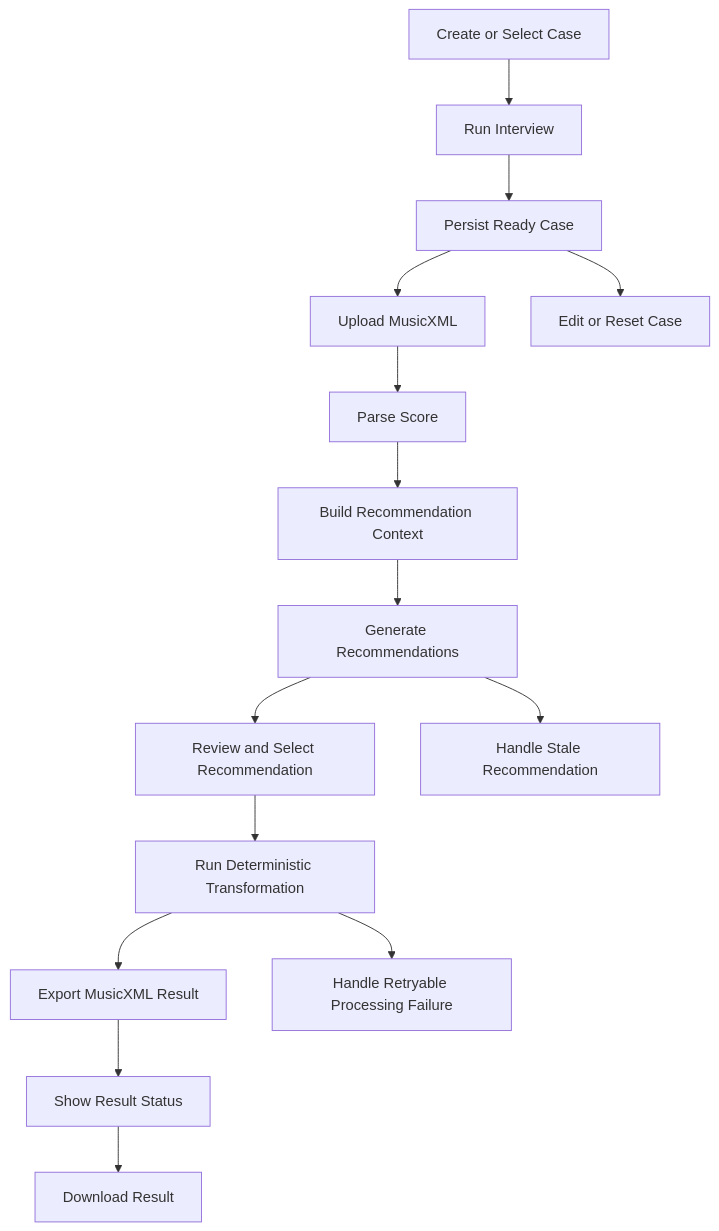
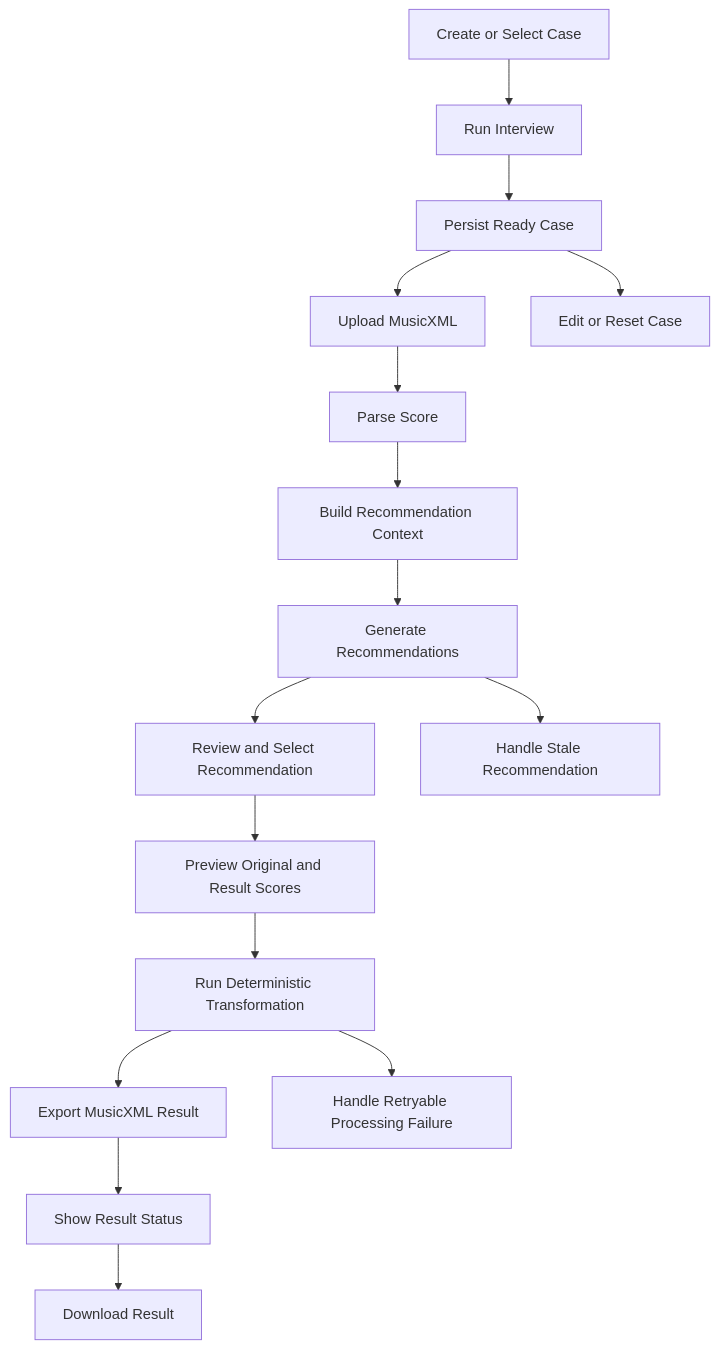
Before and after one commit to AnaKies/music-app: the diagram in docs/architecture/features.md, drawn with Mermaid. The commit also changed other lines of this file and 10 other files, not shown here.

Commit message:
docs(f8b): add and refine the safe score preview feature across architecture, delivery, frontend, safety, and test planning

````diff
--- a/docs/architecture/features.md
+++ b/docs/architecture/features.md
@@ -25,18 +25,19 @@
 ```mermaid
 flowchart TD
     F1[Create or Select Case] --> F2[Run Interview]
     F2 --> F3[Persist Ready Case]
     F3 --> F4[Upload MusicXML]
     F4 --> F5[Parse Score]
     F5 --> F6[Build Recommendation Context]
     F6 --> F7[Generate Recommendations]
     F7 --> F8[Review and Select Recommendation]
-    F8 --> F9[Run Deterministic Transformation]
+    F8 --> F8b[Preview Original and Result Scores]
+    F8b --> F9[Run Deterministic Transformation]
     F9 --> F10[Export MusicXML Result]
     F10 --> F11[Show Result Status]
     F11 --> F12[Download Result]
 
     F3 --> F13[Edit or Reset Case]
     F7 --> F14[Handle Stale Recommendation]
     F9 --> F15[Handle Retryable Processing Failure]
 ```
````
